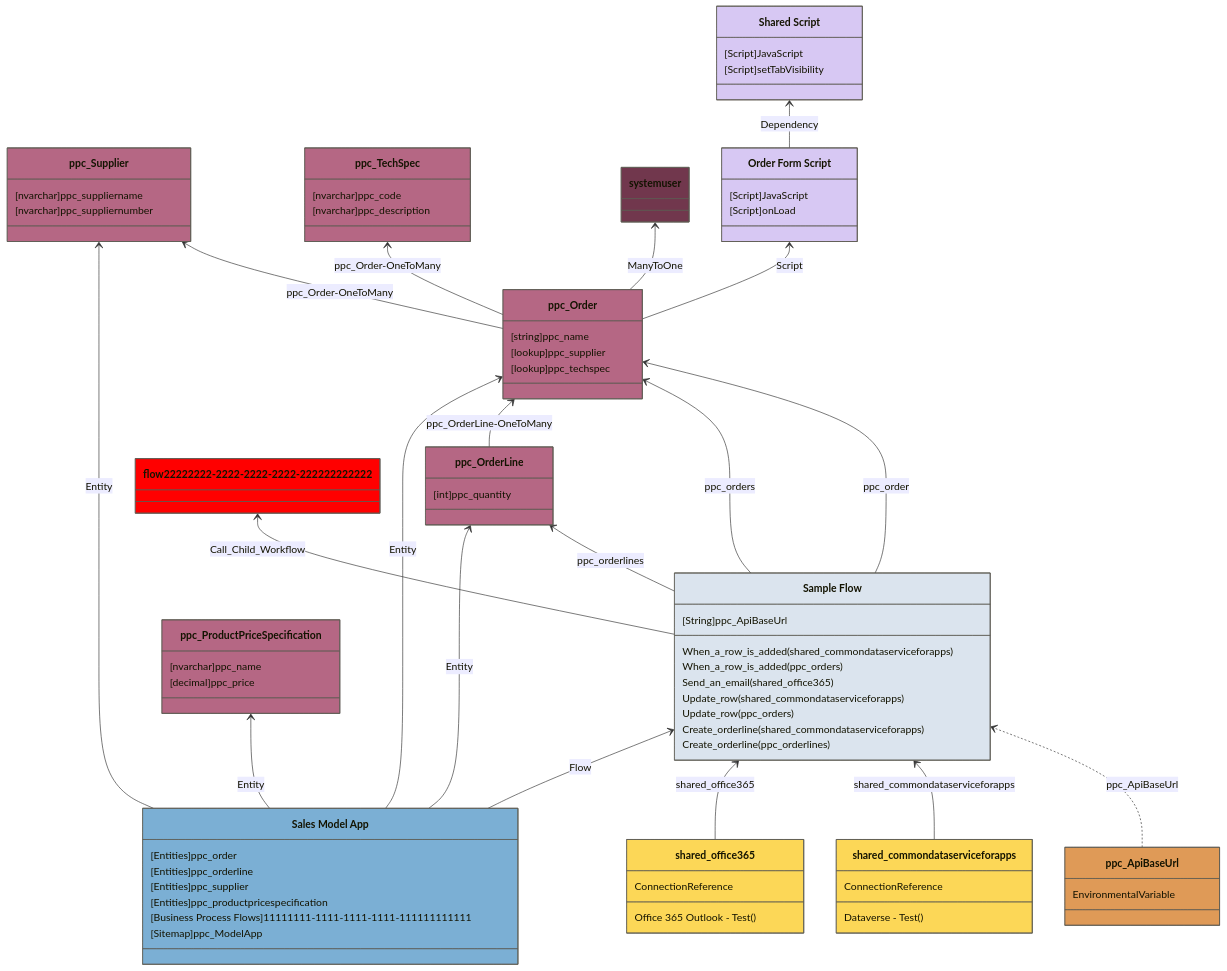
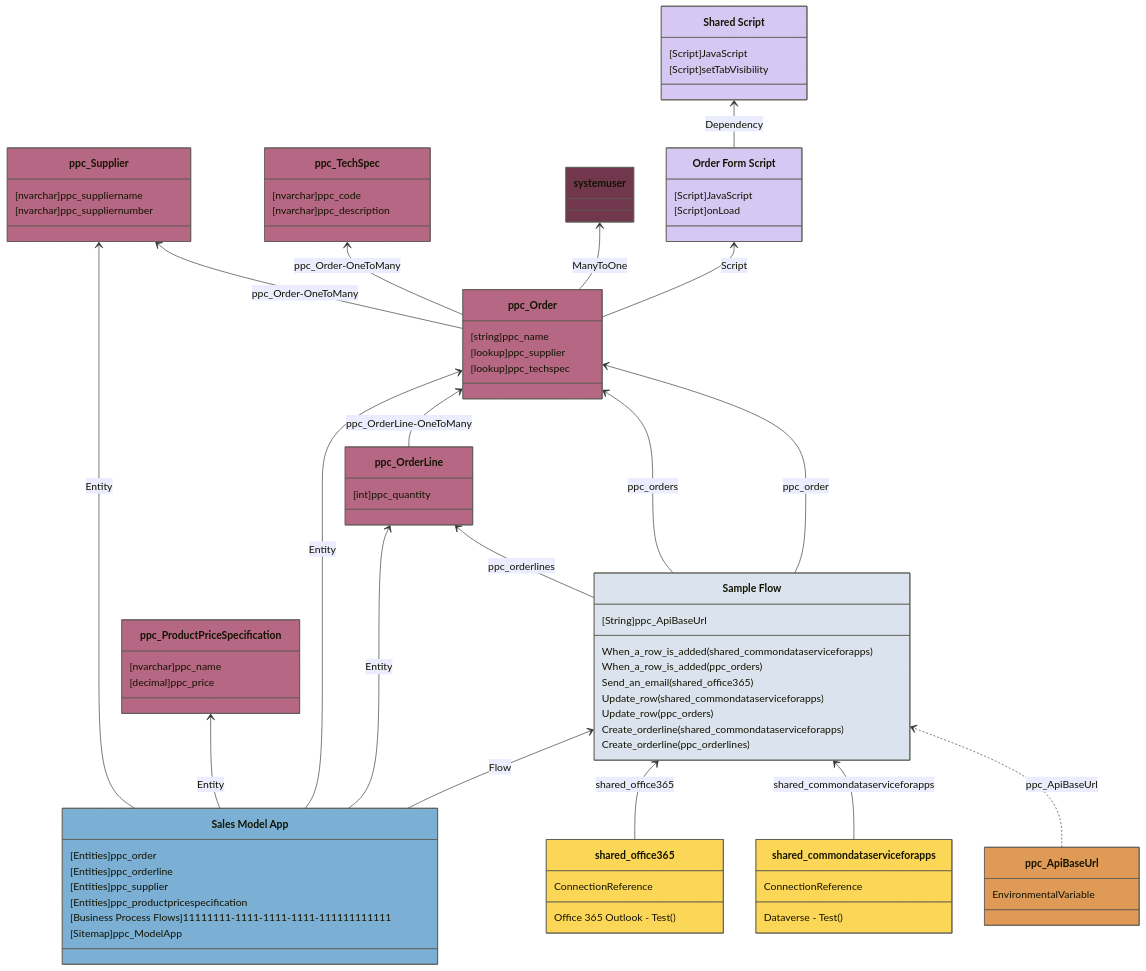
The diagram in tests/fixtures/expected/ArchitectureDiagram.ModelDriven.BT.expected.md (autosysops/PowerShell_PowerPlatformChecker), drawn with Mermaid before and after one commit. The commit also changed 92 other files, not shown here.

Commit message:
fixed flowchart generation and cleaned up code, also made exported graph for architecture diagrams better and made setting styles easiers

```diff
--- a/tests/fixtures/expected/ArchitectureDiagram.ModelDriven.BT.expected.md
+++ b/tests/fixtures/expected/ArchitectureDiagram.ModelDriven.BT.expected.md
@@ -62,7 +62,6 @@
 ppc_ApiBaseUrl ..> flow11111111-1111-1111-1111-111111111111:ppc_ApiBaseUrl
 shared_commondataserviceforapps --> flow11111111-1111-1111-1111-111111111111:shared_commondataserviceforapps
 flow11111111-1111-1111-1111-111111111111 --> ppc_orders:ppc_order
-flow11111111-1111-1111-1111-111111111111 --> flow22222222-2222-2222-2222-222222222222:Call_Child_Workflow
 shared_office365 --> flow11111111-1111-1111-1111-111111111111:shared_office365
 flow11111111-1111-1111-1111-111111111111 --> ppc_orders:ppc_orders
 flow11111111-1111-1111-1111-111111111111 --> ppc_orderlines:ppc_orderlines
```
